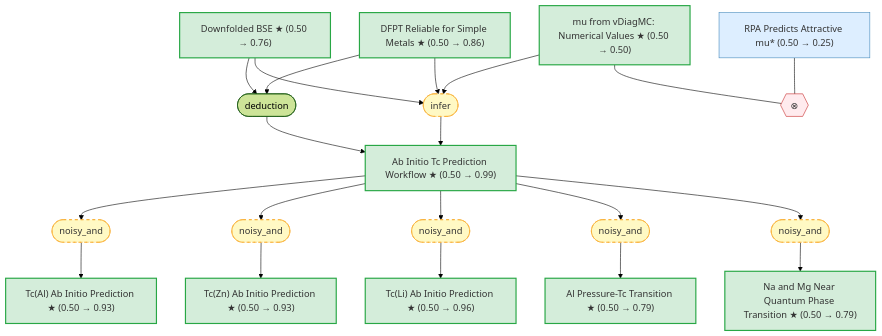
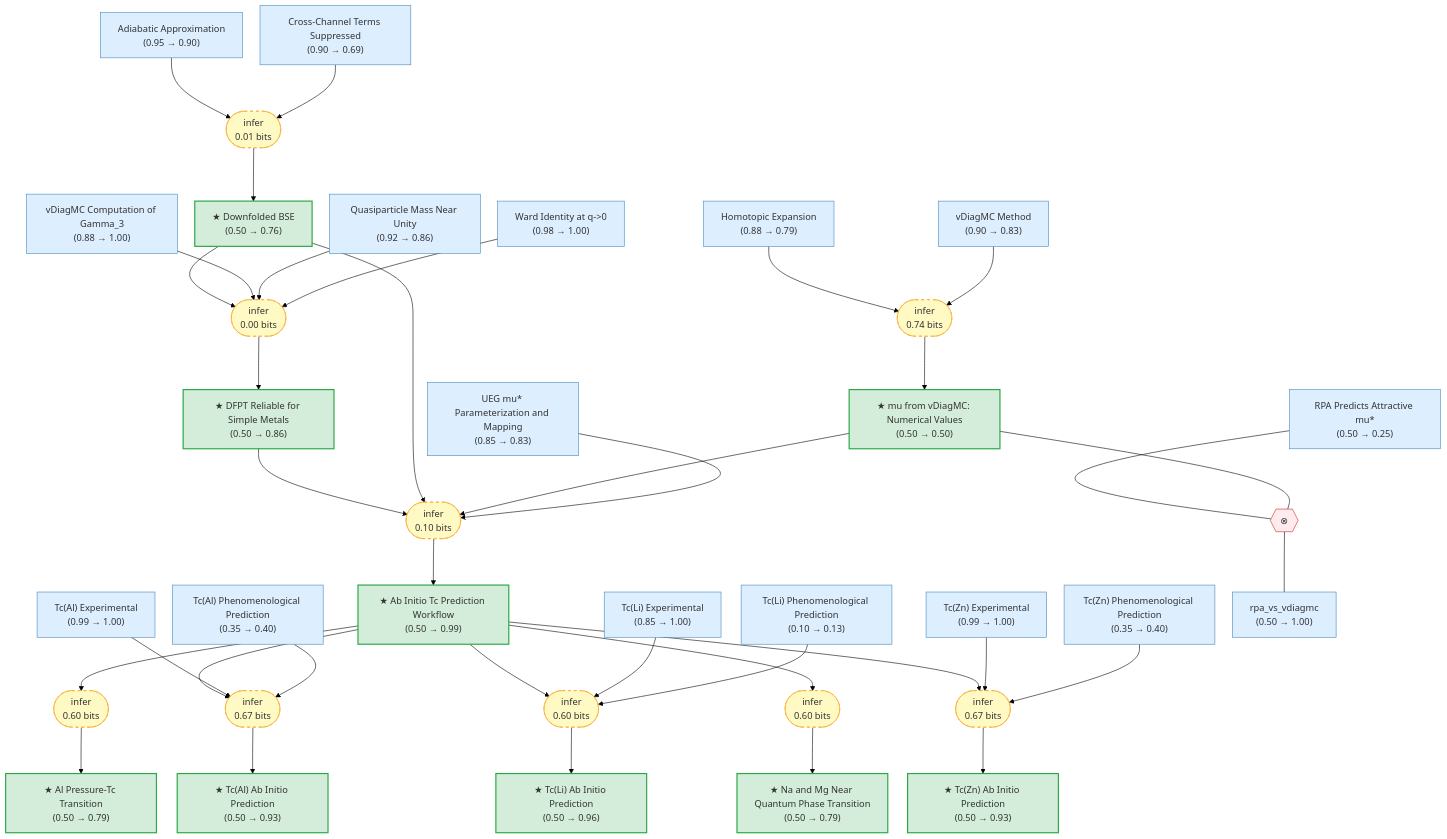
Before and after one commit to kunyuan/SuperconductivityElectronLiquids.gaia: the diagram in .github-output/README.md, drawn with Mermaid (forest theme). The commit also changed other lines of this file and 15 other files, not shown here.

````diff
--- a/.github-output/README.md
+++ b/.github-output/README.md
@@ -9,49 +14,83 @@
 ```mermaid
-graph TD
-    downfolded_bse["Downfolded BSE ★ (0.50 → 0.76)"]:::exported
-    mu_vdiagmc_values["mu from vDiagMC: Numerical Values ★ (0.50 → 0.50)"]:::exported
-    dfpt_reliable_for_simple_metals["DFPT Reliable for Simple Metals ★ (0.50 → 0.86)"]:::exported
-    ab_initio_workflow["Ab Initio Tc Prediction Workflow ★ (0.50 → 0.99)"]:::exported
-    tc_al_predicted["Tc(Al) Ab Initio Prediction ★ (0.50 → 0.93)"]:::exported
-    tc_zn_predicted["Tc(Zn) Ab Initio Prediction ★ (0.50 → 0.93)"]:::exported
-    tc_li_predicted["Tc(Li) Ab Initio Prediction ★ (0.50 → 0.96)"]:::exported
-    al_pressure_transition["Al Pressure-Tc Transition ★ (0.50 → 0.79)"]:::exported
-    tc_mg_na_near_qpt["Na and Mg Near Quantum Phase Transition ★ (0.50 → 0.79)"]:::exported
-    strat_20(["deduction"])
-    downfolded_bse --> strat_20
-    dfpt_reliable_for_simple_metals --> strat_20
-    strat_20 --> ab_initio_workflow
-    strat_21(["infer"]):::weak
-    downfolded_bse --> strat_21
-    mu_vdiagmc_values --> strat_21
-    dfpt_reliable_for_simple_metals --> strat_21
-    strat_21 --> ab_initio_workflow
-    strat_22(["noisy_and"]):::weak
-    ab_initio_workflow --> strat_22
-    strat_22 --> tc_al_predicted
-    strat_23(["noisy_and"]):::weak
-    ab_initio_workflow --> strat_23
-    strat_23 --> tc_zn_predicted
-    strat_24(["noisy_and"]):::weak
-    ab_initio_workflow --> strat_24
-    strat_24 --> tc_li_predicted
-    strat_25(["noisy_and"]):::weak
-    ab_initio_workflow --> strat_25
-    strat_25 --> al_pressure_transition
-    strat_26(["noisy_and"]):::weak
-    ab_initio_workflow --> strat_26
-    strat_26 --> tc_mg_na_near_qpt
-    oper_1{{"⊗"}}:::contra
-    rpa_predicts_attractive_mu["RPA Predicts Attractive mu#ast; (0.50 → 0.25)"]:::premise
-    rpa_predicts_attractive_mu --- oper_1
-    mu_vdiagmc_values --- oper_1
+---
+config:
+  flowchart:
+    rankSpacing: 80
+    nodeSpacing: 30
+---
+graph TB
+    adiabatic_approx["Adiabatic Approximation\n(0.95 → 0.90)"]:::premise
+    tc_al_experimental["Tc(Al) Experimental\n(0.99 → 1.00)"]:::premise
+    tc_li_experimental["Tc(Li) Experimental\n(0.85 → 1.00)"]:::premise
+    tc_zn_experimental["Tc(Zn) Experimental\n(0.99 → 1.00)"]:::premise
+    tc_al_phenomenological["Tc(Al) Phenomenological Prediction\n(0.35 → 0.40)"]:::premise
+    tc_li_phenomenological["Tc(Li) Phenomenological Prediction\n(0.10 → 0.13)"]:::premise
+    tc_zn_phenomenological["Tc(Zn) Phenomenological Prediction\n(0.35 → 0.40)"]:::premise
+    cross_term_suppressed["Cross-Channel Terms Suppressed\n(0.90 → 0.69)"]:::premise
+    downfolded_bse["★ Downfolded BSE\n(0.50 → 0.76)"]:::exported
+    vdiagmc_method["vDiagMC Method\n(0.90 → 0.83)"]:::premise
+    homotopic_expansion["Homotopic Expansion\n(0.88 → 0.79)"]:::premise
+    mu_vdiagmc_values["★ mu from vDiagMC: Numerical Values\n(0.50 → 0.50)"]:::exported
+    ward_identity["Ward Identity at q->0\n(0.98 → 1.00)"]:::premise
+    gamma3_vdiagmc["vDiagMC Computation of Gamma_3\n(0.88 → 1.00)"]:::premise
+    quasiparticle_mass_near_unity["Quasiparticle Mass Near Unity\n(0.92 → 0.86)"]:::premise
+    dfpt_reliable_for_simple_metals["★ DFPT Reliable for Simple Metals\n(0.50 → 0.86)"]:::exported
+    ueg_pseudopotential_parameterization["UEG mu#ast; Parameterization and Mapping\n(0.85 → 0.83)"]:::premise
+    ab_initio_workflow["★ Ab Initio Tc Prediction Workflow\n(0.50 → 0.99)"]:::exported
+    tc_al_predicted["★ Tc(Al) Ab Initio Prediction\n(0.50 → 0.93)"]:::exported
+    tc_zn_predicted["★ Tc(Zn) Ab Initio Prediction\n(0.50 → 0.93)"]:::exported
+    tc_li_predicted["★ Tc(Li) Ab Initio Prediction\n(0.50 → 0.96)"]:::exported
+    al_pressure_transition["★ Al Pressure-Tc Transition\n(0.50 → 0.79)"]:::exported
+    tc_mg_na_near_qpt["★ Na and Mg Near Quantum Phase Transition\n(0.50 → 0.79)"]:::exported
+    rpa_predicts_attractive_mu["RPA Predicts Attractive mu#ast;\n(0.50 → 0.25)"]:::premise
+    rpa_vs_vdiagmc["rpa_vs_vdiagmc\n(0.50 → 1.00)"]:::premise
+    strat_0(["infer\n0.60 bits"]):::weak
+    ab_initio_workflow --> strat_0
+    strat_0 --> al_pressure_transition
+    strat_1(["infer\n0.67 bits"]):::weak
+    ab_initio_workflow --> strat_1
+    tc_al_experimental --> strat_1
+    tc_al_phenomenological --> strat_1
+    strat_1 --> tc_al_predicted
+    strat_2(["infer\n0.60 bits"]):::weak
+    ab_initio_workflow --> strat_2
+    tc_li_experimental --> strat_2
+    tc_li_phenomenological --> strat_2
+    strat_2 --> tc_li_predicted
+    strat_3(["infer\n0.60 bits"]):::weak
+    ab_initio_workflow --> strat_3
+    strat_3 --> tc_mg_na_near_qpt
+    strat_4(["infer\n0.67 bits"]):::weak
+    ab_initio_workflow --> strat_4
+    tc_zn_experimental --> strat_4
+    tc_zn_phenomenological --> strat_4
+    strat_4 --> tc_zn_predicted
+    strat_5(["infer\n0.01 bits"]):::weak
+    adiabatic_approx --> strat_5
+    cross_term_suppressed --> strat_5
+    strat_5 --> downfolded_bse
+    strat_6(["infer\n0.10 bits"]):::weak
+    dfpt_reliable_for_simple_metals --> strat_6
+    downfolded_bse --> strat_6
+    mu_vdiagmc_values --> strat_6
+    ueg_pseudopotential_parameterization --> strat_6
+    strat_6 --> ab_initio_workflow
+    strat_7(["infer\n0.00 bits"]):::weak
+    downfolded_bse --> strat_7
+    gamma3_vdiagmc --> strat_7
+    quasiparticle_mass_near_unity --> strat_7
+    ward_identity --> strat_7
+    strat_7 --> dfpt_reliable_for_simple_metals
+    strat_8(["infer\n0.74 bits"]):::weak
+    homotopic_expansion --> strat_8
+    vdiagmc_method --> strat_8
+    strat_8 --> mu_vdiagmc_values
+    oper_0{{"⊗"}}:::contra
+    rpa_predicts_attractive_mu --- oper_0
+    mu_vdiagmc_values --- oper_0
+    oper_0 --- rpa_vs_vdiagmc
 
-    classDef setting fill:#f0f0f0,stroke:#999,color:#333
     classDef premise fill:#ddeeff,stroke:#4488bb,color:#333
-    classDef derived fill:#ddffdd,stroke:#44bb44,color:#333
-    classDef question fill:#fff3dd,stroke:#cc9944,color:#333
-    classDef background fill:#f5f5f5,stroke:#bbb,stroke-dasharray: 5 5,color:#333
-    classDef orphan fill:#fff,stroke:#ccc,stroke-dasharray: 5 5,color:#333
     classDef exported fill:#d4edda,stroke:#28a745,stroke-width:2px,color:#333
     classDef weak fill:#fff9c4,stroke:#f9a825,stroke-dasharray: 5 5,color:#333
     classDef contra fill:#ffebee,stroke:#c62828,color:#333
````
